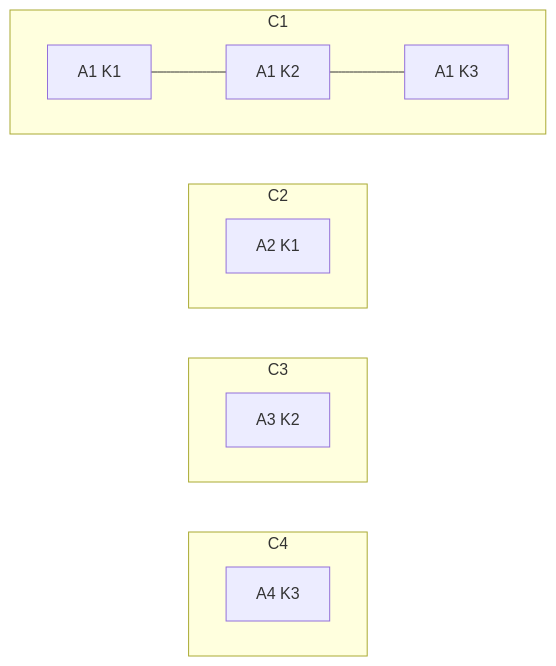
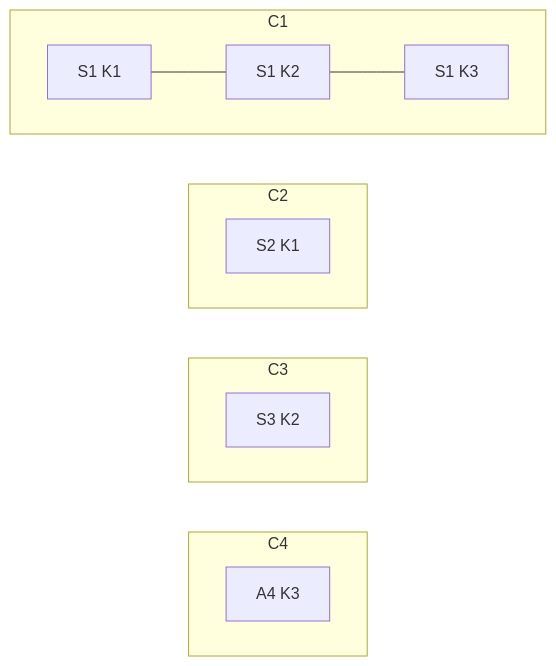
Before and after one commit to input-output-hk/catalyst-libs: the fourth of 5 diagrams in rust/rbac-registration/examples.md, drawn with Mermaid. The commit also changed other lines of this file, not shown here.

````diff
--- a/rust/rbac-registration/examples.md
+++ b/rust/rbac-registration/examples.md
@@ -55,19 +55,19 @@
 ```mermaid
 flowchart LR
     subgraph C4
         direction LR
         E0[A4 K3]
     end
     subgraph C3
         direction LR
-        D0[A3 K2]
+        D0[S3 K2]
     end
     subgraph C2
         direction LR
-        B0[A2 K1]
+        B0[S2 K1]
     end
     subgraph C1
         direction LR
-        A0[A1 K1] --- A1[A1 K2] --- A2[A1 K3]
+        A0[S1 K1] --- A1[S1 K2] --- A2[S1 K3]
     end
 ```
````
